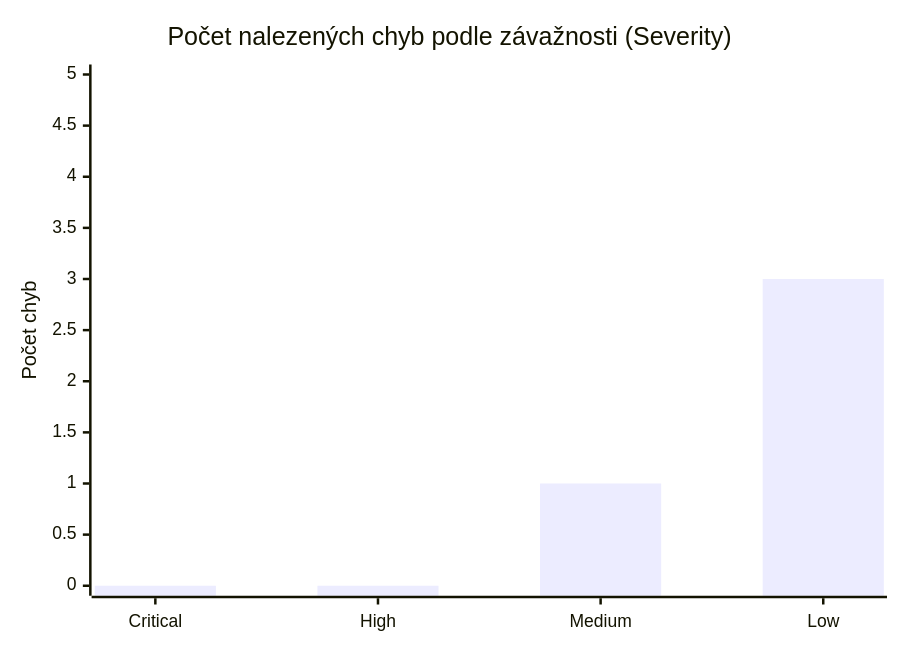
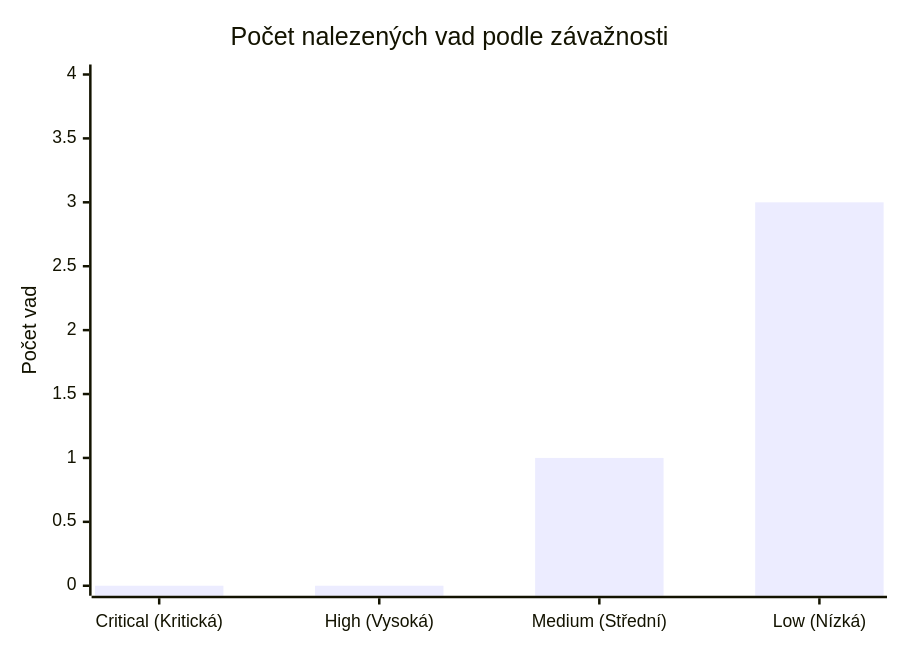
Before and after one commit to tomas-kansky/populon-automated-testing: the second of 2 diagrams in docs/05-test-report.md, drawn with Mermaid. The commit also changed other lines of this file and 6 other files, not shown here.

````diff
--- a/docs/05-test-report.md
+++ b/docs/05-test-report.md
@@ -105,7 +89,7 @@
 ```mermaid
 xychart-beta
-    title "Počet nalezených chyb podle závažnosti (Severity)"
-    x-axis ["Critical", "High", "Medium", "Low"]
-    y-axis "Počet chyb" 0 --> 5
+    title "Počet nalezených vad podle závažnosti"
+    x-axis ["Critical (Kritická)", "High (Vysoká)", "Medium (Střední)", "Low (Nízká)"]
+    y-axis "Počet vad" 0 --> 4
     bar [0, 0, 1, 3]
 ```
````
